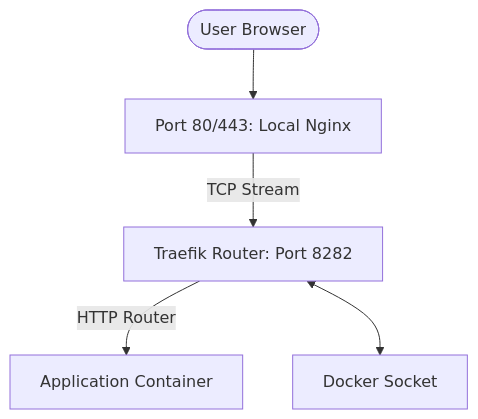
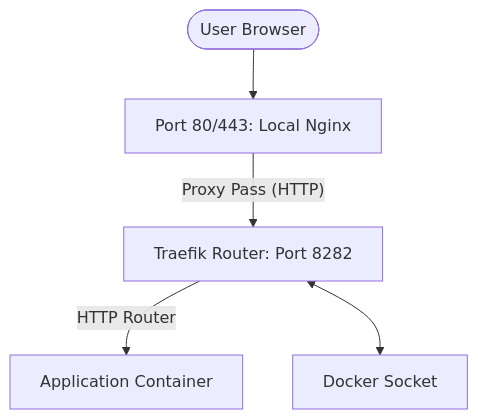
The diagram in hosting_architecture.md (Beemhuse/vpshub), drawn with Mermaid before and after one commit. The commit also changed other lines of this file and 10 other files, not shown here.

````diff
--- a/hosting_architecture.md
+++ b/hosting_architecture.md
@@ -9,7 +9,7 @@
 ```mermaid
 graph TD
     User([User Browser]) --> Port80[Port 80/443: Local Nginx]
-    Port80 -- TCP Stream --> Traefik[Traefik Router: Port 8282]
+    Port80 -- Proxy Pass (HTTP) --> Traefik[Traefik Router: Port 8282]
     Traefik -- HTTP Router --> Container[Application Container]
     Traefik <--> DockerSoc[Docker Socket]
 ```
````
